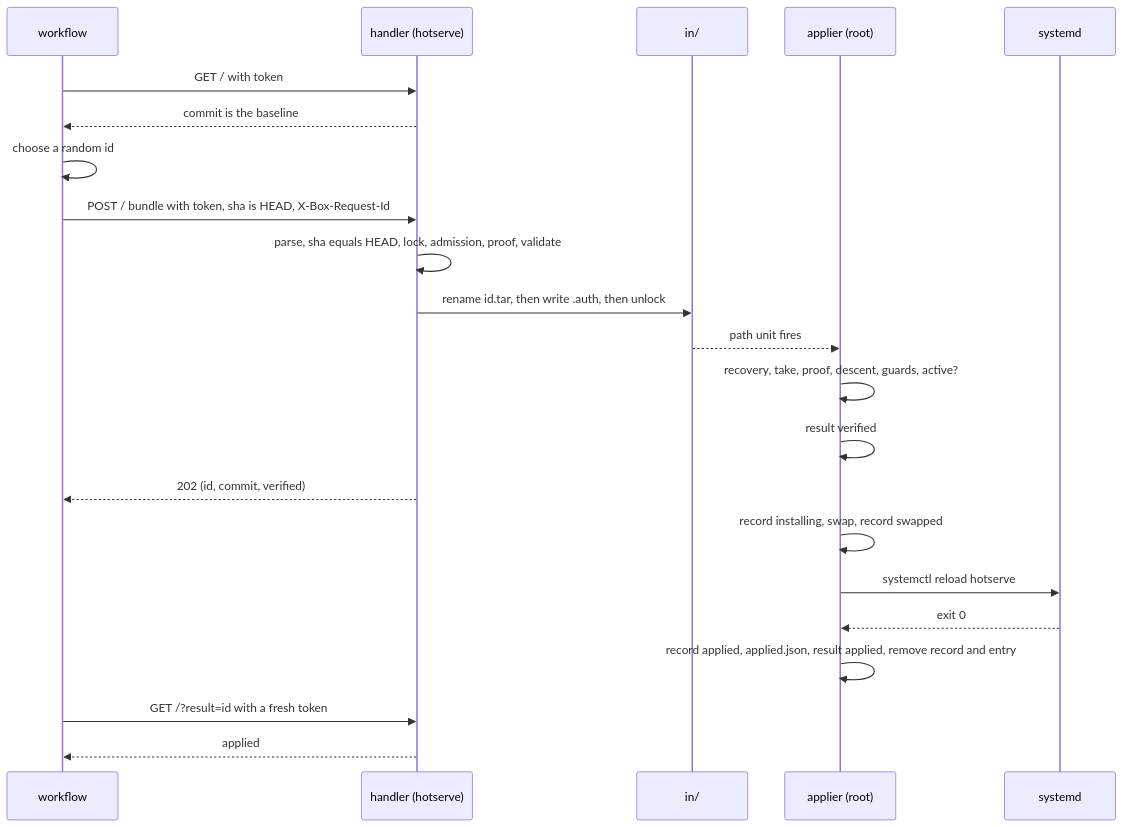
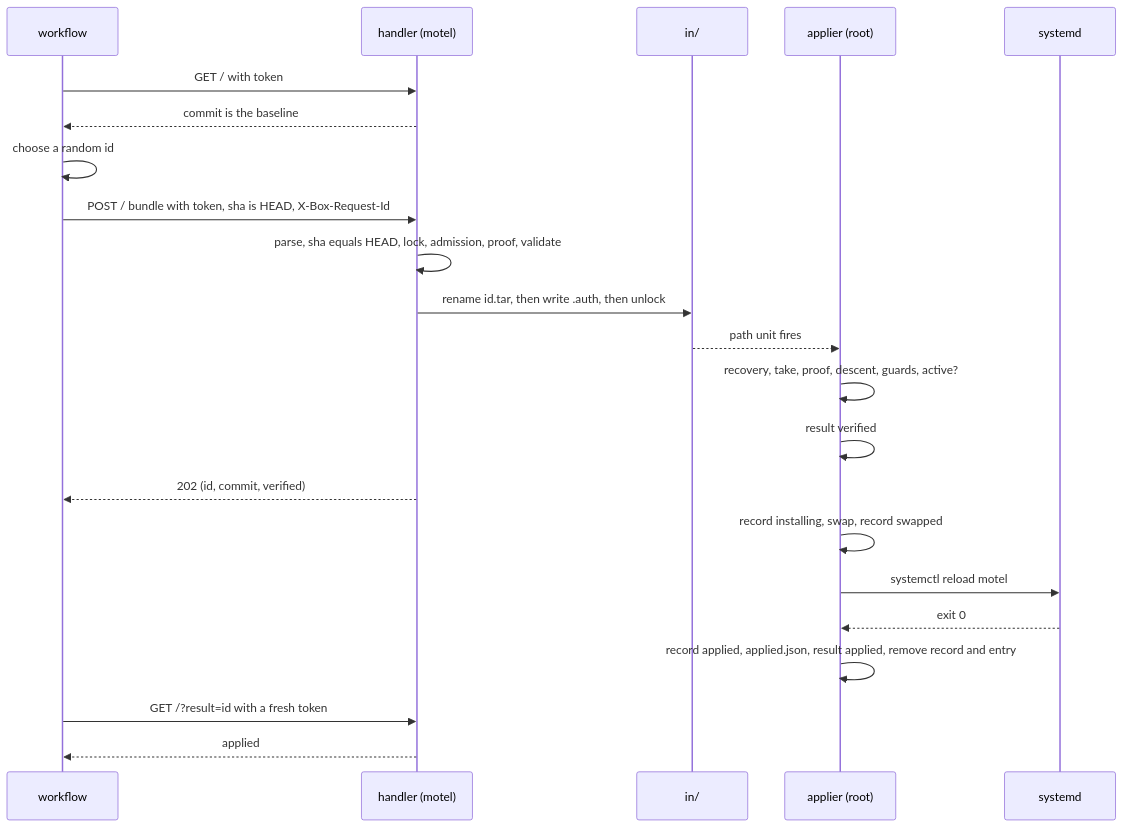
The second of 4 diagrams in box/DESIGN-box.md (earthlingdavey/hotserve), drawn with Mermaid before and after one commit. The commit also changed other lines of this file and 390 other files, not shown here.

````diff
--- a/box/DESIGN-box.md
+++ b/box/DESIGN-box.md
@@ -2017,24 +2017,24 @@
 ```mermaid
 sequenceDiagram
     participant W as workflow
-    participant H as handler (hotserve)
+    participant H as handler (motel)
     participant I as in/
     participant A as applier (root)
     participant S as systemd
     W->>H: GET / with token
     H-->>W: commit is the baseline
     W->>W: choose a random id
     W->>H: POST / bundle with token, sha is HEAD, X-Box-Request-Id
     H->>H: parse, sha equals HEAD, lock, admission, proof, validate
     H->>I: rename id.tar, then write .auth, then unlock
     I-->>A: path unit fires
     A->>A: recovery, take, proof, descent, guards, active?
     A->>A: result verified
     H-->>W: 202 (id, commit, verified)
     A->>A: record installing, swap, record swapped
-    A->>S: systemctl reload hotserve
+    A->>S: systemctl reload motel
     S-->>A: exit 0
     A->>A: record applied, applied.json, result applied, remove record and entry
     W->>H: GET /?result=id with a fresh token
     H-->>W: applied
 ```
````
